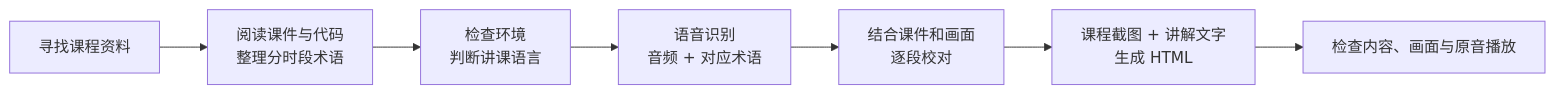
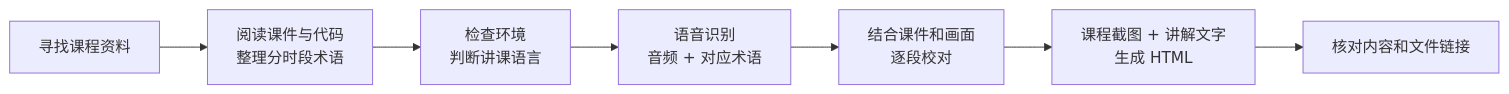
One commit to diediray/video-lesson-to-html changed the diagram in README.zh-CN.md. Above: the diagram before and after it, drawn with Mermaid. The commit also changed other lines of this file and 4 other files, not shown here.

````diff
--- a/README.zh-CN.md
+++ b/README.zh-CN.md
@@ -15,9 +15,9 @@
 ```mermaid
 flowchart LR
     A[寻找课程资料] --> B[阅读课件与代码<br/>整理分时段术语]
     B --> C[检查环境<br/>判断讲课语言]
     C --> D[语音识别<br/>音频 + 对应术语]
     D --> E[结合课件和画面<br/>逐段校对]
     E --> F[课程截图 + 讲解文字<br/>生成 HTML]
-    F --> G[检查内容、画面与原音播放]
+    F --> G[核对内容和文件链接]
 ```
````
